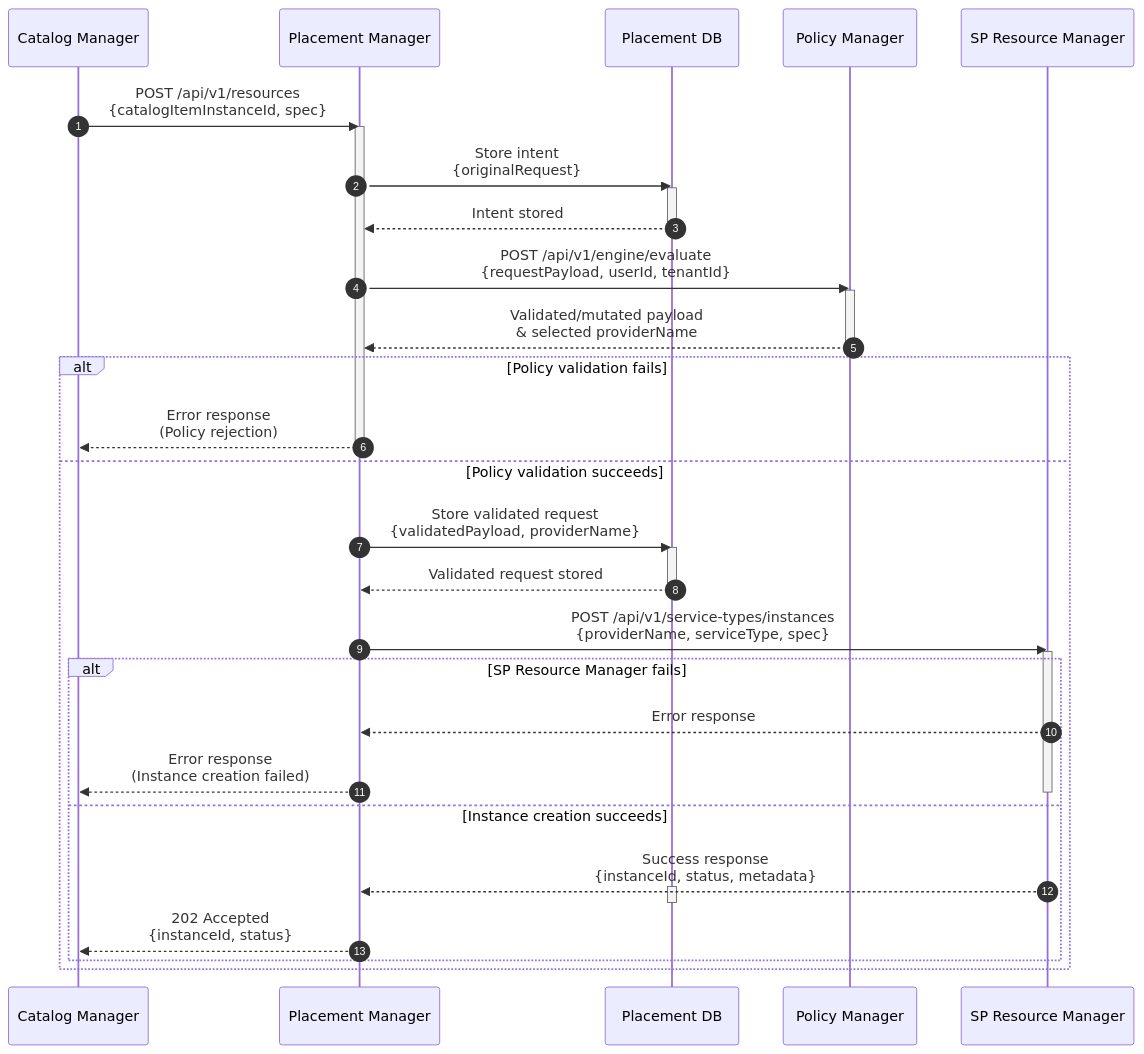
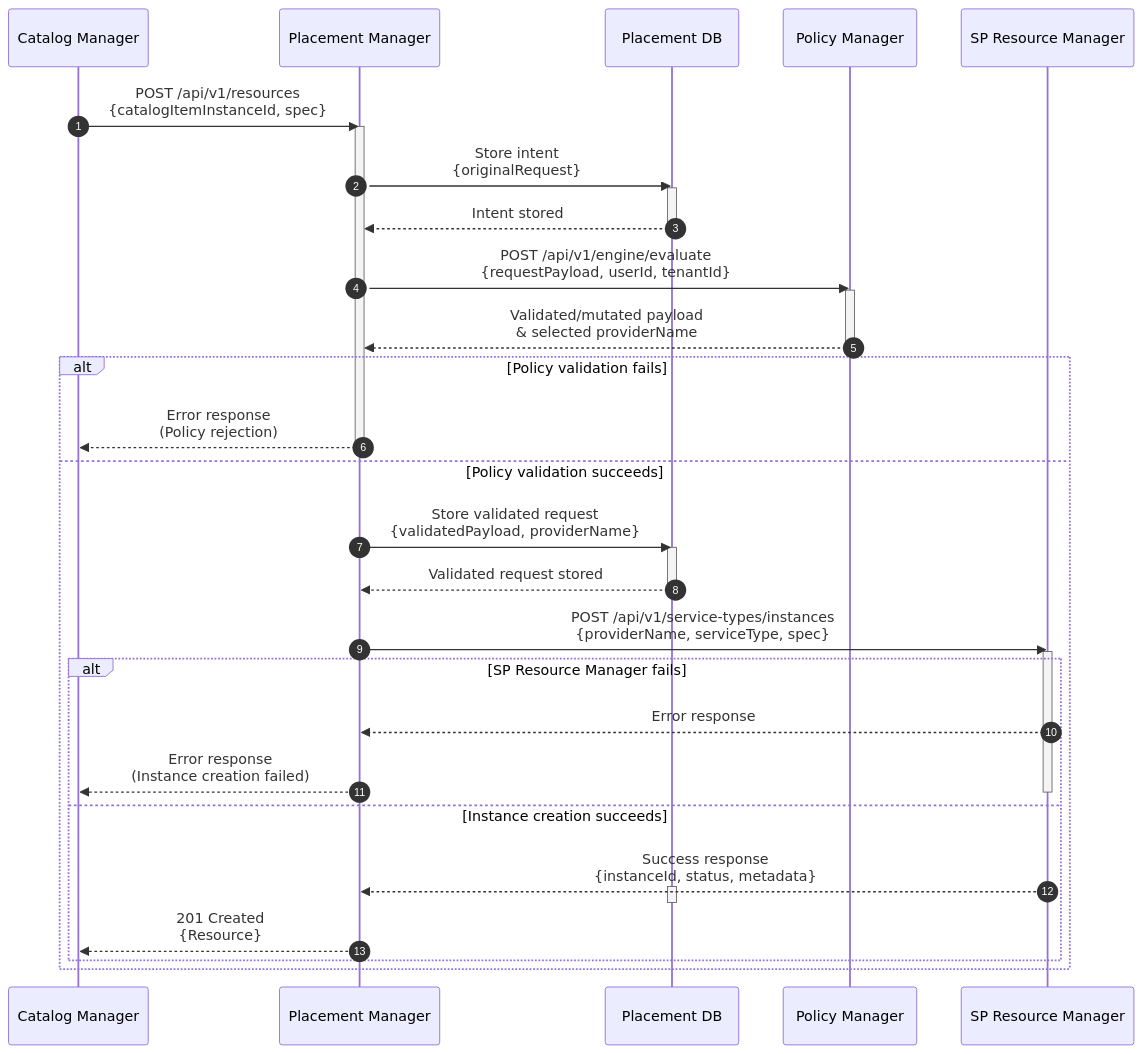
Before and after one commit to dcm-project/enhancements: the second of 2 diagrams in enhancements/placement-manager/placement-manager.md, drawn with Mermaid. The commit also changed other lines of this file, not shown here.

````diff
--- a/enhancements/placement-manager/placement-manager.md
+++ b/enhancements/placement-manager/placement-manager.md
@@ -311,51 +311,51 @@
 ```mermaid
 sequenceDiagram
     autonumber
     participant CM as Catalog Manager
     participant PM as Placement Manager
     participant DB as Placement DB
     participant PE as Policy Manager
     participant SPRM as SP Resource Manager
 
     CM->>PM: POST /api/v1/resources<br/>{catalogItemInstanceId, spec}
     activate PM
 
     PM->>DB: Store intent<br/>{originalRequest}
     activate DB
     DB-->>PM: Intent stored
     deactivate DB
 
     PM->>PE: POST /api/v1/engine/evaluate<br/>{requestPayload, userId, tenantId}
     activate PE
 
     PE-->>PM: Validated/mutated payload<br/>& selected providerName
     deactivate PE
 
     alt Policy validation fails
         PM-->>CM: Error response<br/>(Policy rejection)
         deactivate PM
     else Policy validation succeeds
 
         PM->>DB: Store validated request<br/>{validatedPayload, providerName}
         activate DB
         DB-->>PM: Validated request stored
         deactivate DB
 
         PM->>SPRM: POST /api/v1/service-types/instances<br/>{providerName, serviceType, spec}
         activate SPRM
 
         alt SP Resource Manager fails
             SPRM-->>PM: Error response
             PM-->>CM: Error response<br/>(Instance creation failed)
             deactivate SPRM
 
         else Instance creation succeeds
             SPRM-->>PM: Success response<br/>{instanceId, status, metadata}
             activate DB
             deactivate DB
 
-            PM-->>CM: 202 Accepted<br/>{instanceId, status}
+            PM-->>CM: 201 Created<br/>{Resource}
 
         end
     end
 ```
````
